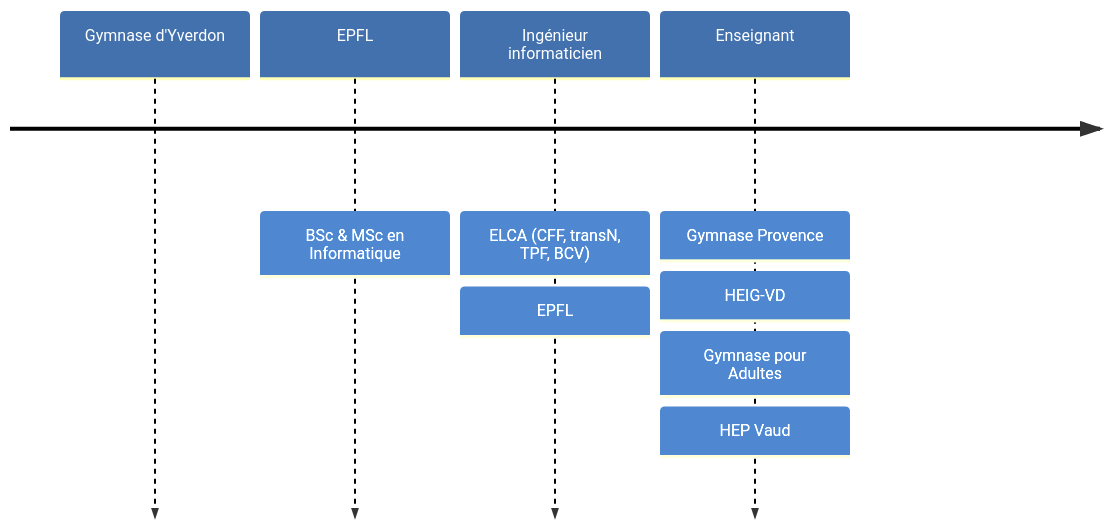
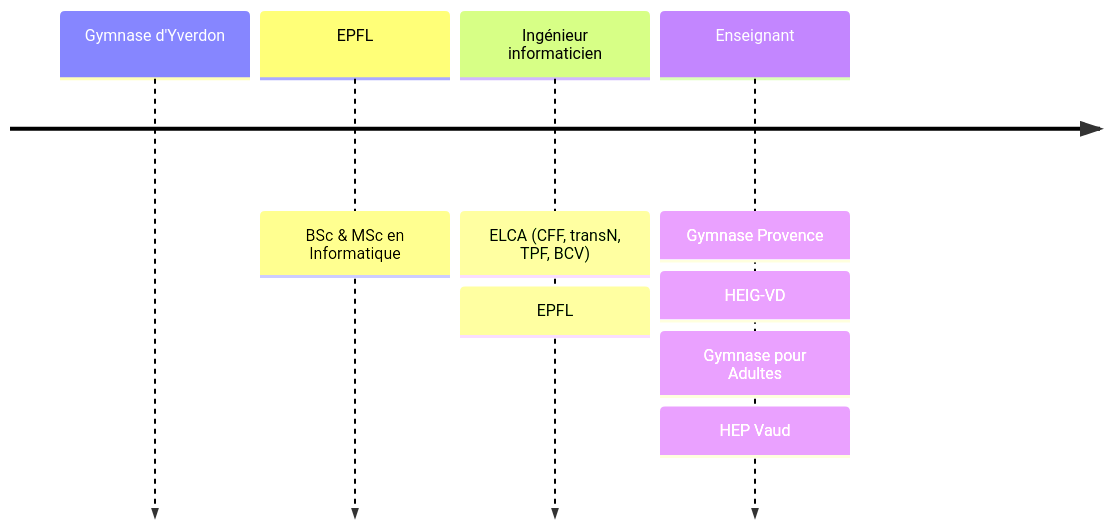
Before and after one commit to blueur/gymnase-2425: the diagram in static/slide/1m-intro.md, drawn with Mermaid. The commit also changed other lines of this file and 20 other files, not shown here.

````diff
--- a/static/slide/1m-intro.md
+++ b/static/slide/1m-intro.md
@@ -9,8 +9,7 @@
 ```mermaid
-%%{init: { 'themeVariables': {'cScale0': '#4271ae'}, 'timeline': {'disableMulticolor': true}}}%%
 timeline
   Gymnase d'Yverdon
   EPFL : BSc & MSc en Informatique
   Ingénieur informaticien : ELCA (CFF, transN, TPF, BCV) : EPFL
   Enseignant : Gymnase Provence : HEIG-VD : Gymnase pour Adultes : HEP Vaud
 ```
````
